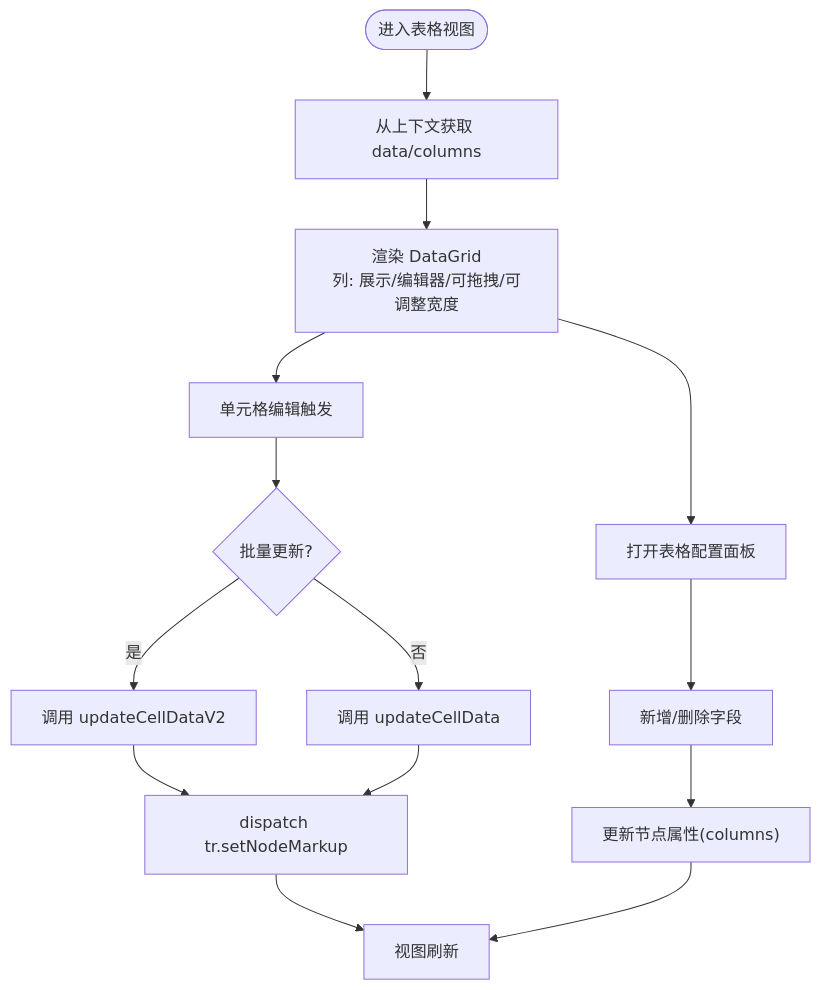
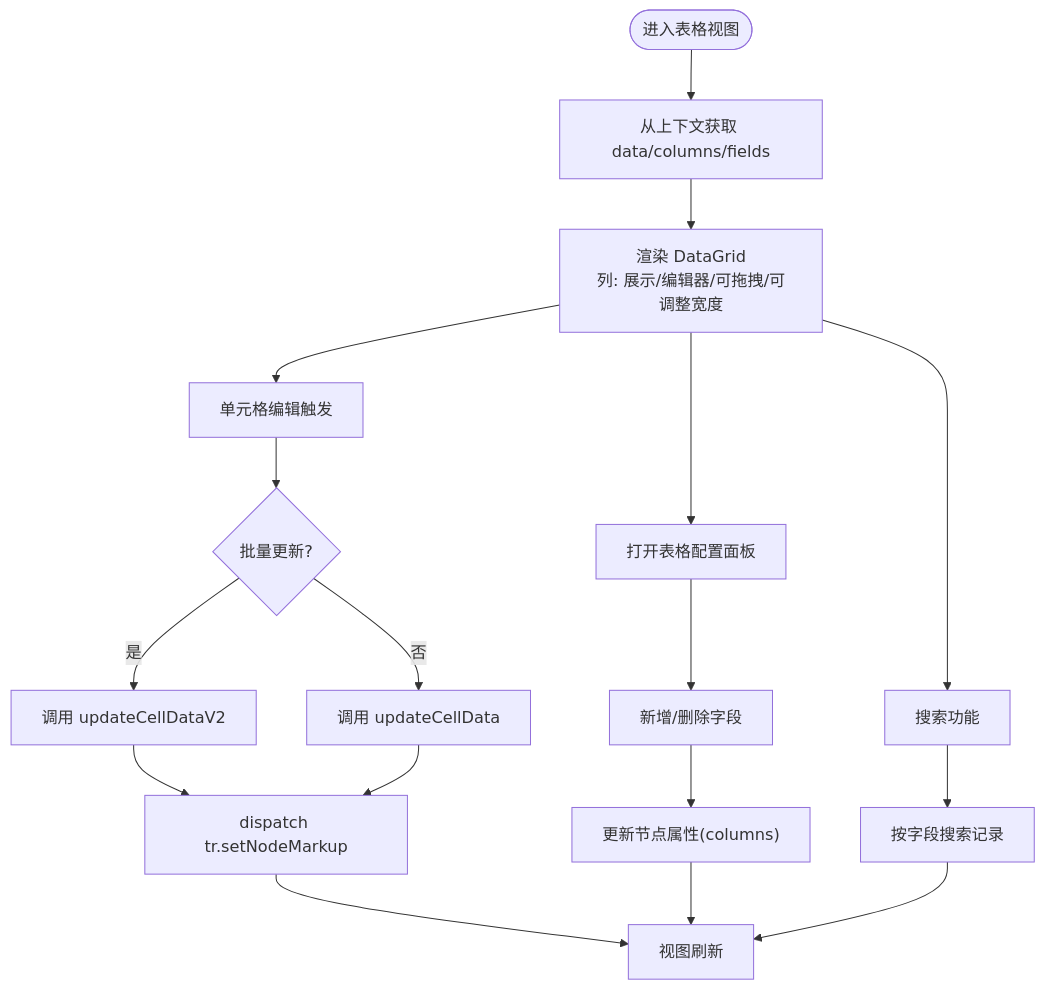
Before and after one commit to LRF0422/Kotion: the fifth of 11 diagrams in .qoder/repowiki/zh/content/功能模块/数据库插件/数据库插件.md, drawn with Mermaid. The commit also changed other lines of this file and 45 other files, not shown here.

````diff
--- a/.qoder/repowiki/zh/content/功能模块/数据库插件/数据库插件.md
+++ b/.qoder/repowiki/zh/content/功能模块/数据库插件/数据库插件.md
@@ -221,16 +350,19 @@
 ```mermaid
 flowchart TD
-Start(["进入表格视图"]) --> LoadData["从上下文获取 data/columns"]
+Start(["进入表格视图"]) --> LoadData["从上下文获取 data/columns/fields"]
 LoadData --> RenderGrid["渲染 DataGrid<br/>列: 展示/编辑器/可拖拽/可调整宽度"]
 RenderGrid --> EditCell["单元格编辑触发"]
 EditCell --> BatchUpdate{"批量更新?"}
 BatchUpdate --> |是| CallBatch["调用 updateCellDataV2"]
 BatchUpdate --> |否| CallSingle["调用 updateCellData"]
 CallBatch --> Dispatch["dispatch tr.setNodeMarkup"]
 CallSingle --> Dispatch
 Dispatch --> Refresh["视图刷新"]
 RenderGrid --> ConfigPanel["打开表格配置面板"]
 ConfigPanel --> ManageFields["新增/删除字段"]
 ManageFields --> UpdateAttrs["更新节点属性(columns)"]
 UpdateAttrs --> Refresh
+RenderGrid --> Search["搜索功能"]
+Search --> FilterData["按字段搜索记录"]
+FilterData --> Refresh
 ```
````
